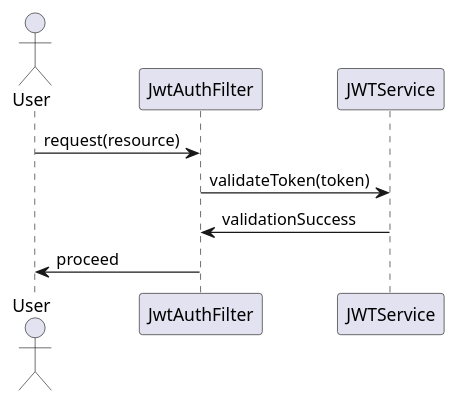
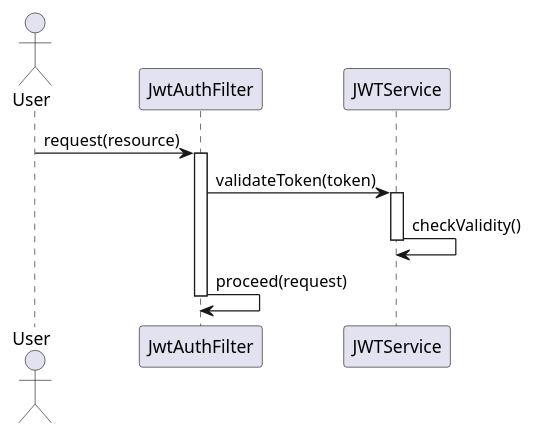
Before and after one commit to Dinesh-s95/AutoDoc.ai: the third of 4 diagrams in identityprovider/documentation/detaileddesign.adoc, drawn with PlantUML. The commit also changed other lines of this file and 4 other files, not shown here.

````diff
--- a/identityprovider/documentation/detaileddesign.adoc
+++ b/identityprovider/documentation/detaileddesign.adoc
@@ -289,12 +348,20 @@
-```plantuml
+[plantuml, jwt-validation-sequence, png]
+----
 @startuml
 actor User
 participant JwtAuthFilter
 participant JWTService
 
 User -> JwtAuthFilter : request(resource)
+activate JwtAuthFilter
+
 JwtAuthFilter -> JWTService : validateToken(token)
-JWTService -> JwtAuthFilter : validationSuccess
-JwtAuthFilter -> User : proceed
+activate JWTService
+JWTService -> JWTService : checkValidity()
+deactivate JWTService
+
+JwtAuthFilter -> JwtAuthFilter : proceed(request)
+deactivate JwtAuthFilter
+
 @enduml
-```
+----
````
